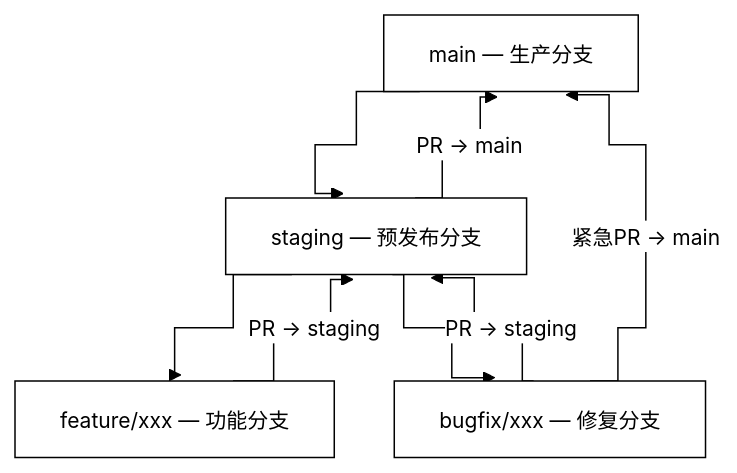
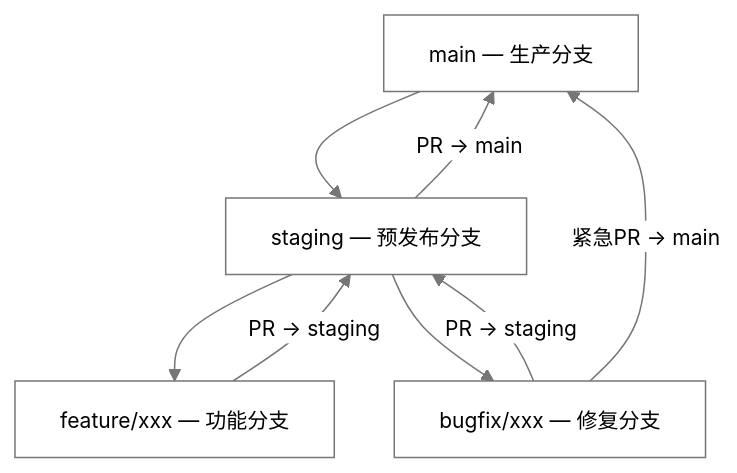
Before and after one commit to onceme/instantboard: the diagram in docs/dev-guide/design/infrastructure.md, drawn with Mermaid. The commit also changed 12 other files, not shown here.

Commit message:
docs: switch mermaid palette to theme-neutral gray and restore default curves

````diff
--- a/docs/dev-guide/design/infrastructure.md
+++ b/docs/dev-guide/design/infrastructure.md
@@ -160,15 +160,15 @@
 ```mermaid
-%%{init: {"theme": "base", "themeVariables": {"background": "#ffffff", "primaryColor": "#ffffff", "primaryTextColor": "#000000", "primaryBorderColor": "#000000", "lineColor": "#000000", "secondaryColor": "#ffffff", "secondaryTextColor": "#000000", "secondaryBorderColor": "#000000", "tertiaryColor": "#ffffff", "tertiaryTextColor": "#000000", "tertiaryBorderColor": "#000000", "edgeLabelBackground": "#ffffff", "textColor": "#000000", "nodeTextColor": "#000000", "mainBkg": "#ffffff", "nodeBorder": "#000000", "clusterBkg": "#ffffff", "clusterBdr": "#000000", "clusterTextColor": "#000000", "titleColor": "#000000", "fontSize": "14px"}, "flowchart": {"curve": "step", "nodeSpacing": 40, "rankSpacing": 50, "wrappingWidth": 180, "useMaxWidth": true}}}%%
+%%{init: {"theme": "base", "themeVariables": {"primaryColor": "#ffffff", "primaryTextColor": "#000000", "primaryBorderColor": "#767676", "lineColor": "#767676", "secondaryColor": "#ffffff", "secondaryTextColor": "#000000", "secondaryBorderColor": "#767676", "tertiaryColor": "#ffffff", "tertiaryTextColor": "#000000", "tertiaryBorderColor": "#767676", "edgeLabelBackground": "#ffffff", "textColor": "#000000", "nodeTextColor": "#000000", "mainBkg": "#ffffff", "nodeBorder": "#767676", "clusterBkg": "#ffffff", "clusterBdr": "#767676", "clusterTextColor": "#000000", "titleColor": "#000000", "fontSize": "14px"}, "flowchart": {"nodeSpacing": 40, "rankSpacing": 50, "wrappingWidth": 180, "useMaxWidth": true}}}%%
 graph TD
     main["main — 生产分支"]
     staging["staging — 预发布分支"]
     feature["feature/xxx — 功能分支"]
     bugfix["bugfix/xxx — 修复分支"]
     main --> staging
     staging --> feature
     staging --> bugfix
     feature -->|"PR → staging"| staging
     staging -->|"PR → main"| main
     bugfix -->|"PR → staging"| staging
     bugfix -->|"紧急PR → main"| main
 ```
````
